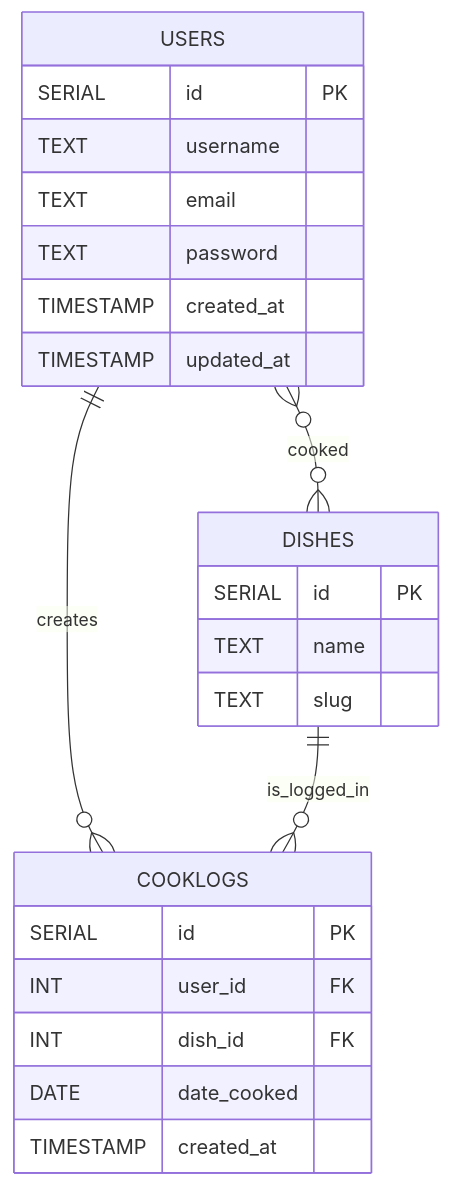
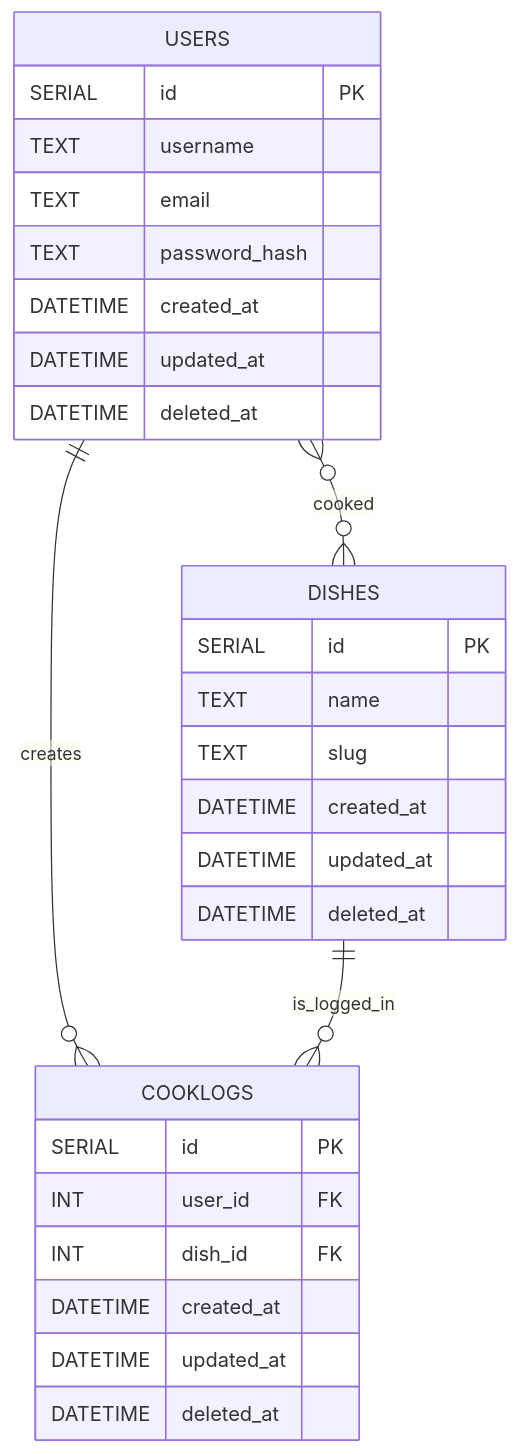
One commit to manav-gkmit/kya-saabzi-docs changed the diagram in docs/architecture/data-model.md. Above: the diagram before and after it, drawn with Mermaid. The commit also changed other lines of this file and 7 other files, not shown here.

````diff
--- a/docs/architecture/data-model.md
+++ b/docs/architecture/data-model.md
@@ -3,29 +7,34 @@
 ```mermaid
 erDiagram
     USERS {
         SERIAL id PK
         TEXT username
         TEXT email
-        TEXT password
-        TIMESTAMP created_at
-        TIMESTAMP updated_at
+        TEXT password_hash
+        DATETIME created_at
+        DATETIME updated_at
+        DATETIME deleted_at
     }
 
     DISHES {
         SERIAL id PK
         TEXT name
         TEXT slug
+        DATETIME created_at
+        DATETIME updated_at
+        DATETIME deleted_at
     }
 
     COOKLOGS {
         SERIAL id PK
         INT user_id FK
         INT dish_id FK
-        DATE date_cooked
-        TIMESTAMP created_at
+        DATETIME created_at
+        DATETIME updated_at
+        DATETIME deleted_at
     }
 
     USERS ||--o{ COOKLOGS : creates
     DISHES ||--o{ COOKLOGS : is_logged_in
     USERS }o--o{ DISHES : cooked
 ```
````
